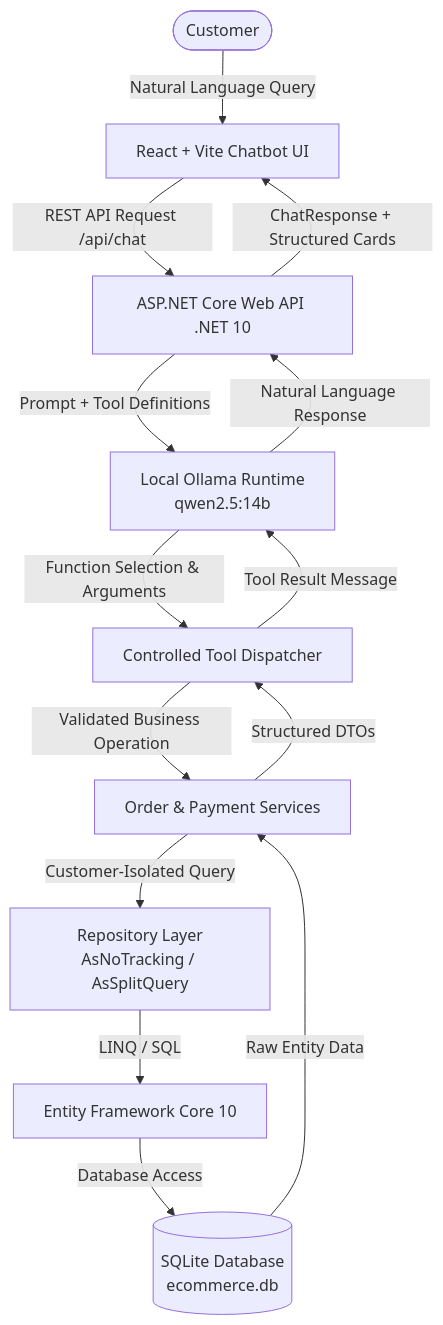
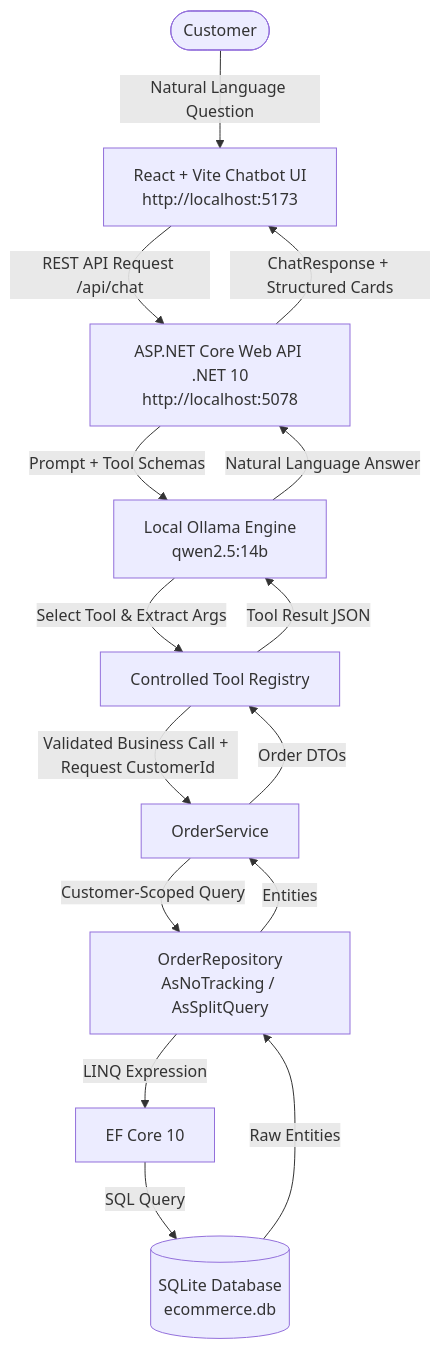
Before and after one commit to ShubhamHanamante/OrderManager: the diagram in README.md, drawn with Mermaid. The commit also changed other lines of this file, not shown here.

````diff
--- a/README.md
+++ b/README.md
@@ -11,16 +63,17 @@
 ```mermaid
 flowchart TD
-    User([Customer]) -->|Natural Language Query| UI[React + Vite Chatbot UI]
-    UI -->|REST API Request /api/chat| API[ASP.NET Core Web API .NET 10]
-    API -->|Prompt + Tool Definitions| Ollama[Local Ollama Runtime\nqwen2.5:14b]
-    Ollama -->|Function Selection & Arguments| ToolDispatcher[Controlled Tool Dispatcher]
-    ToolDispatcher -->|Validated Business Operation| ServiceLayer[Order & Payment Services]
-    ServiceLayer -->|Customer-Isolated Query| RepoLayer[Repository Layer\nAsNoTracking / AsSplitQuery]
-    RepoLayer -->|LINQ / SQL| EFCore[Entity Framework Core 10]
-    EFCore -->|Database Access| SQLite[(SQLite Database\necommerce.db)]
-    SQLite -->|Raw Entity Data| ServiceLayer
-    ServiceLayer -->|Structured DTOs| ToolDispatcher
-    ToolDispatcher -->|Tool Result Message| Ollama
-    Ollama -->|Natural Language Response| API
+    User([Customer]) -->|Natural Language Question| UI[React + Vite Chatbot UI\nhttp://localhost:5173]
+    UI -->|REST API Request /api/chat| API[ASP.NET Core Web API .NET 10\nhttp://localhost:5078]
+    API -->|Prompt + Tool Schemas| Ollama[Local Ollama Engine\nqwen2.5:14b]
+    Ollama -->|Select Tool & Extract Args| Registry[Controlled Tool Registry]
+    Registry -->|Validated Business Call + Request CustomerId| Service[OrderService]
+    Service -->|Customer-Scoped Query| Repo[OrderRepository\nAsNoTracking / AsSplitQuery]
+    Repo -->|LINQ Expression| EFCore[EF Core 10]
+    EFCore -->|SQL Query| DB[(SQLite Database\necommerce.db)]
+    DB -->|Raw Entities| Repo
+    Repo -->|Entities| Service
+    Service -->|Order DTOs| Registry
+    Registry -->|Tool Result JSON| Ollama
+    Ollama -->|Natural Language Answer| API
     API -->|ChatResponse + Structured Cards| UI
 ```
````
